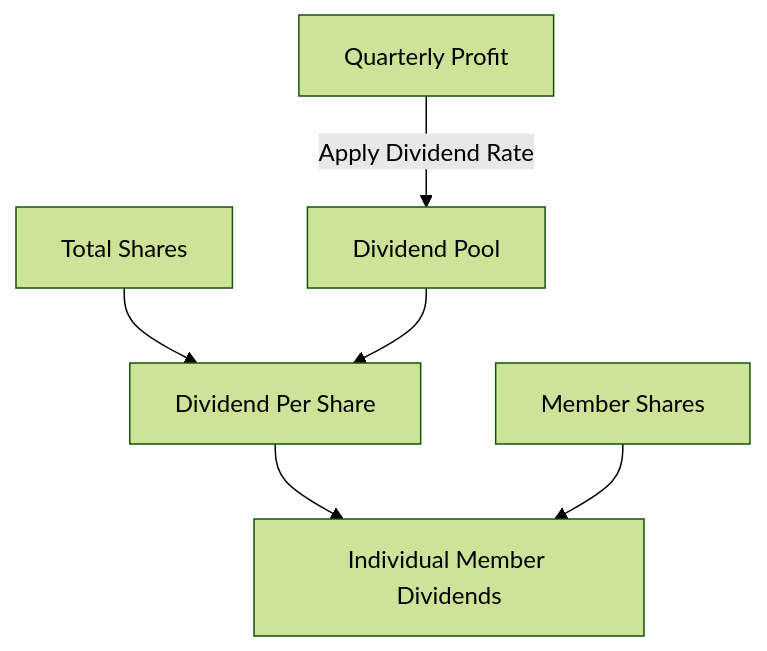
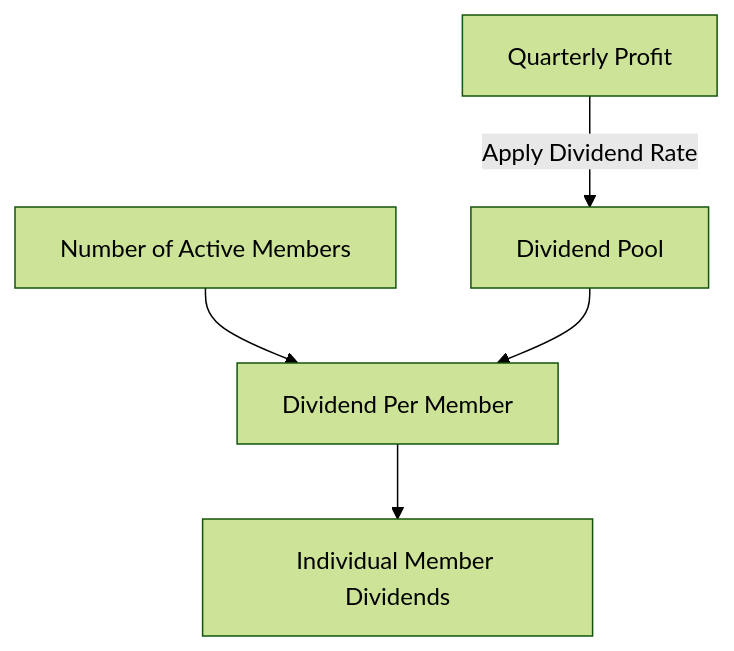
One commit to Sachin-Bandaranayaka/sahana-new changed the fourth of 8 diagrams in financial-org-app/docs/financial-logic.md. Above: the diagram before and after it, drawn with Mermaid (forest theme). The commit also changed other lines of this file and 5 other files, not shown here.

Commit message:
Fix member related functions and update dividend documentation

````diff
--- a/financial-org-app/docs/financial-logic.md
+++ b/financial-org-app/docs/financial-logic.md
@@ -65,8 +66,7 @@
 ```mermaid
 flowchart TD
     A[Quarterly Profit] -->|Apply Dividend Rate| B[Dividend Pool]
-    C[Total Shares] --> D[Dividend Per Share]
+    C[Number of Active Members] --> D[Dividend Per Member]
     B --> D
     D --> E[Individual Member Dividends]
-    F[Member Shares] --> E
 ```
````
